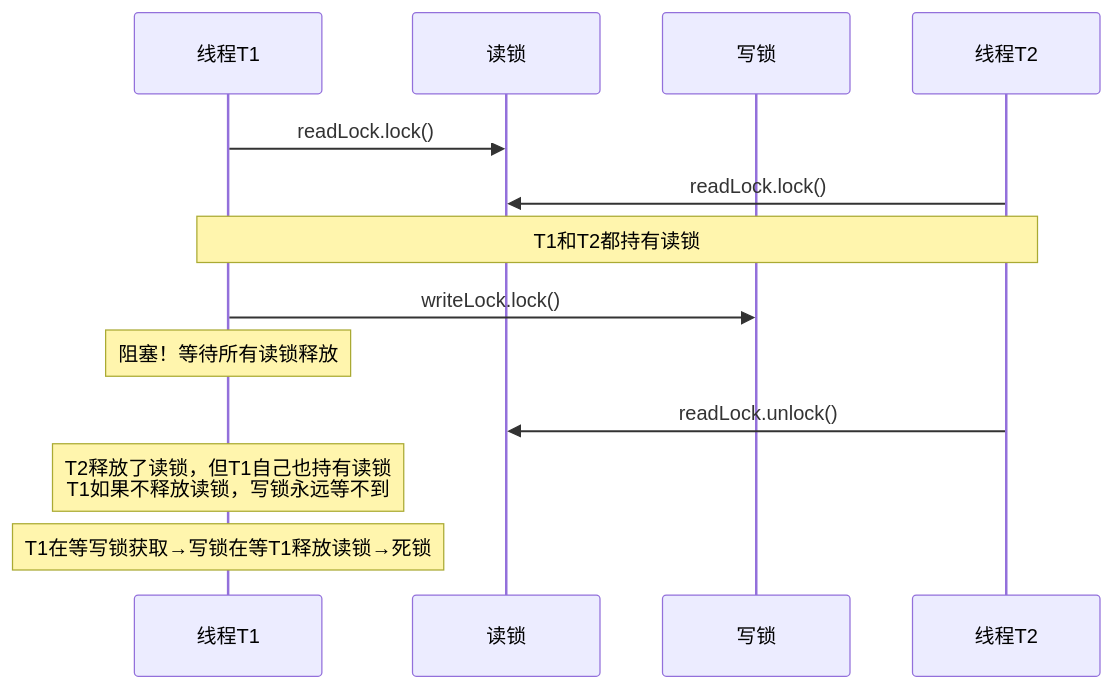
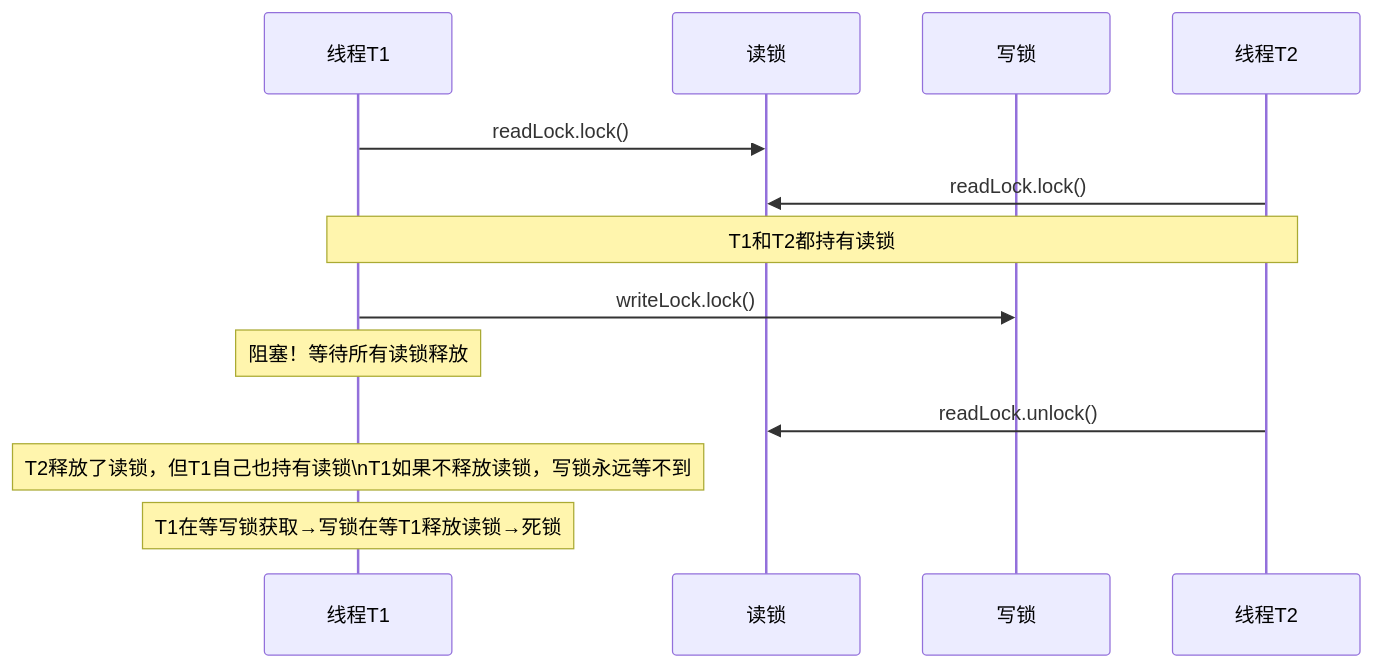
The seventh of 8 diagrams in content/posts/concurrency/ReentrantReadWriteLock.md (yaocat55/yaocat55.github.io), drawn with Mermaid before and after one commit. The commit also changed other lines of this file and 155 other files, not shown here.

````diff
--- a/content/posts/concurrency/ReentrantReadWriteLock.md
+++ b/content/posts/concurrency/ReentrantReadWriteLock.md
@@ -449,18 +479,18 @@
 ```mermaid
 sequenceDiagram
     participant T1 as 线程T1
     participant RL as 读锁
     participant WL as 写锁
     participant T2 as 线程T2
 
     T1->>RL: readLock.lock()
     T2->>RL: readLock.lock()
     Note over T1,T2: T1和T2都持有读锁
 
     T1->>WL: writeLock.lock()
     Note over T1: 阻塞！等待所有读锁释放
 
     T2->>RL: readLock.unlock()
-    Note over T1: T2释放了读锁，但T1自己也持有读锁<br/>T1如果不释放读锁，写锁永远等不到
+    Note over T1: T2释放了读锁，但T1自己也持有读锁\nT1如果不释放读锁，写锁永远等不到
     Note over T1: T1在等写锁获取→写锁在等T1释放读锁→死锁
 ```
````
